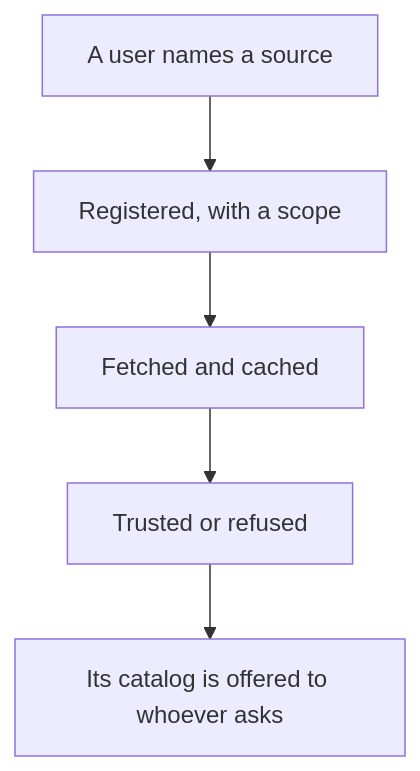
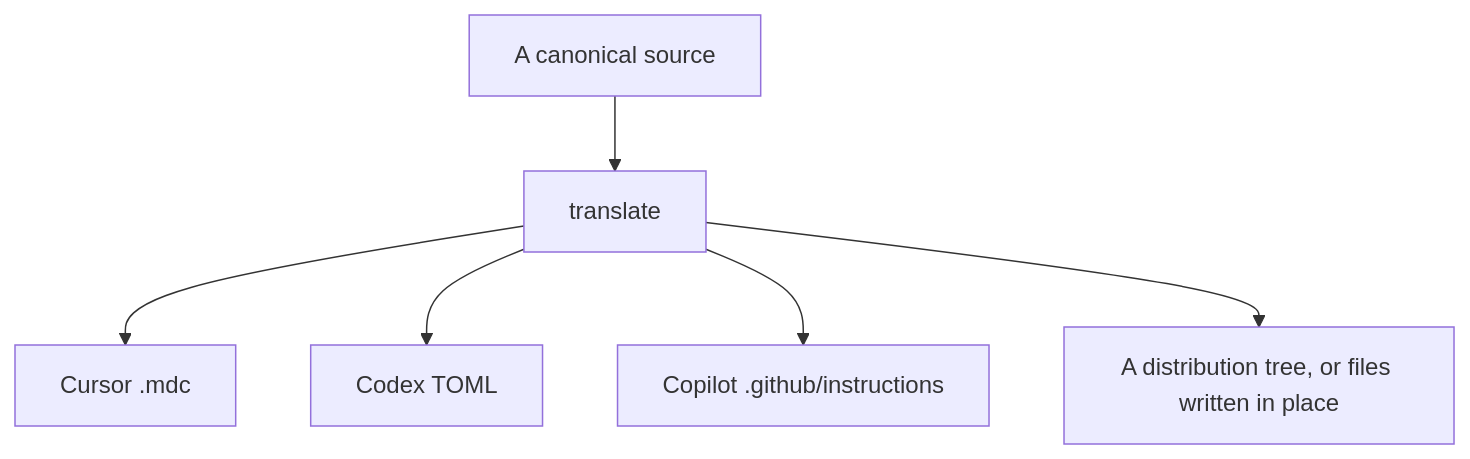
Before and after one commit to ai-driven-dev/aidd-framework: the first of 2 diagrams in cli/aidd_docs/tasks/2026_08/2026_08_20_refactor-contextes-cli/phase-11.md, drawn with Mermaid. The commit also changed other lines of this file and 19 other files, not shown here.

````diff
--- a/cli/aidd_docs/tasks/2026_08/2026_08_20_refactor-contextes-cli/phase-11.md
+++ b/cli/aidd_docs/tasks/2026_08/2026_08_20_refactor-contextes-cli/phase-11.md
@@ -35,7 +35,8 @@
 ```mermaid
 flowchart TD
-  A[A user names a source] --> B[Registered, with a scope]
-  B --> C[Fetched and cached]
-  C --> D[Trusted or refused]
-  D --> E[Its catalog is offered to whoever asks]
+  A[A canonical source] --> B[translate]
+  B --> C[Cursor .mdc]
+  B --> D[Codex TOML]
+  B --> E[Copilot .github/instructions]
+  B --> F[A distribution tree, or files written in place]
 ```
````
